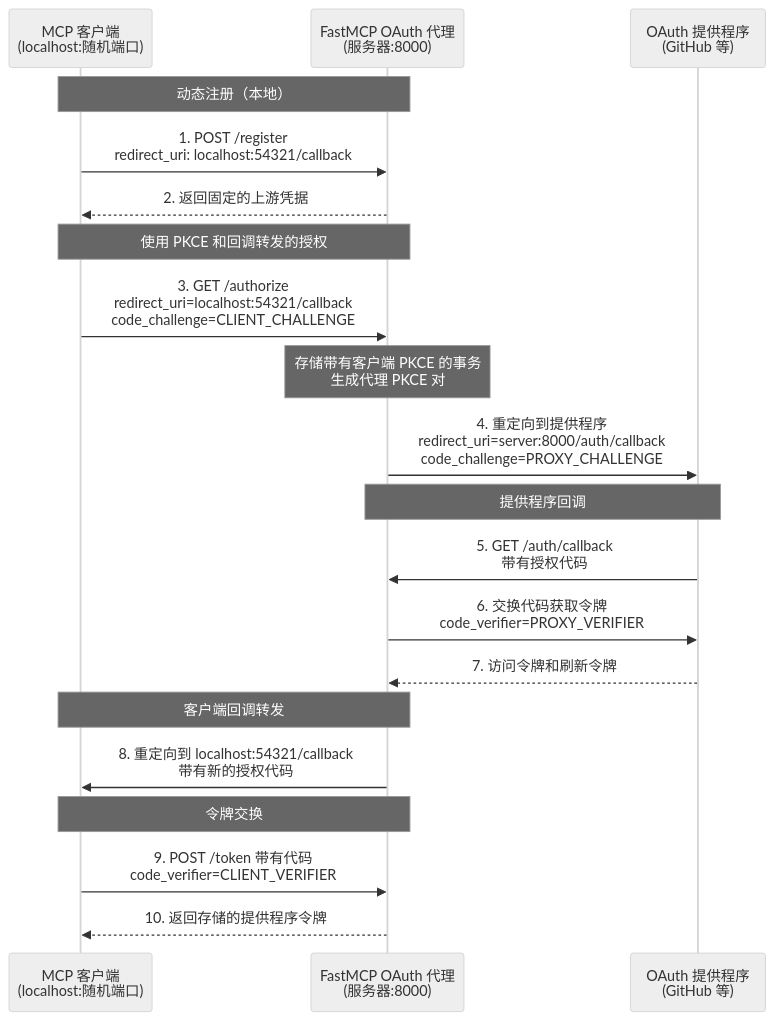
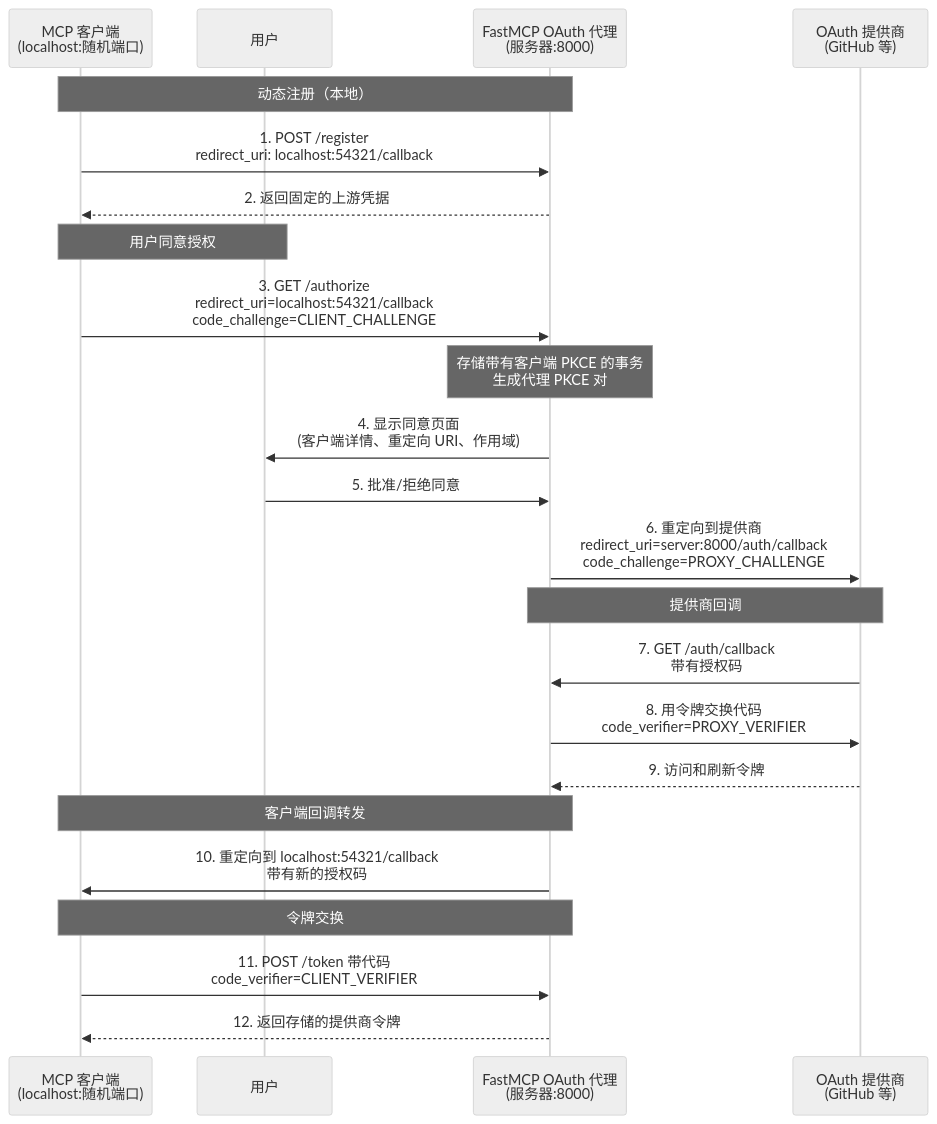
Before and after one commit to Gu-f/FastmcpDocs: the diagram in i18n/zh/servers/auth/oauth-proxy.mdx, drawn with Mermaid (neutral theme). The commit also changed other lines of this file and 279 other files, not shown here.

````diff
--- a/i18n/zh/servers/auth/oauth-proxy.mdx
+++ b/i18n/zh/servers/auth/oauth-proxy.mdx
@@ -275,27 +370,30 @@
 ```mermaid
 sequenceDiagram
     participant Client as MCP 客户端<br/>(localhost:随机端口)
+    participant User as 用户
     participant Proxy as FastMCP OAuth 代理<br/>(服务器:8000)
-    participant Provider as OAuth 提供程序<br/>(GitHub 等)
+    participant Provider as OAuth 提供商<br/>(GitHub 等)
 
     Note over Client, Proxy: 动态注册（本地）
     Client->>Proxy: 1. POST /register<br/>redirect_uri: localhost:54321/callback
     Proxy-->>Client: 2. 返回固定的上游凭据
 
-    Note over Client, Proxy: 使用 PKCE 和回调转发的授权
+    Note over Client, User: 用户同意授权
     Client->>Proxy: 3. GET /authorize<br/>redirect_uri=localhost:54321/callback<br/>code_challenge=CLIENT_CHALLENGE
     Note over Proxy: 存储带有客户端 PKCE 的事务<br/>生成代理 PKCE 对
-    Proxy->>Provider: 4. 重定向到提供程序<br/>redirect_uri=server:8000/auth/callback<br/>code_challenge=PROXY_CHALLENGE
+    Proxy->>User: 4. 显示同意页面<br/>(客户端详情、重定向 URI、作用域)
+    User->>Proxy: 5. 批准/拒绝同意
+    Proxy->>Provider: 6. 重定向到提供商<br/>redirect_uri=server:8000/auth/callback<br/>code_challenge=PROXY_CHALLENGE
 
-    Note over Provider, Proxy: 提供程序回调
-    Provider->>Proxy: 5. GET /auth/callback<br/>带有授权代码
-    Proxy->>Provider: 6. 交换代码获取令牌<br/>code_verifier=PROXY_VERIFIER
-    Provider-->>Proxy: 7. 访问令牌和刷新令牌
+    Note over Provider, Proxy: 提供商回调
+    Provider->>Proxy: 7. GET /auth/callback<br/>带有授权码
+    Proxy->>Provider: 8. 用令牌交换代码<br/>code_verifier=PROXY_VERIFIER
+    Provider-->>Proxy: 9. 访问和刷新令牌
 
     Note over Proxy, Client: 客户端回调转发
-    Proxy->>Client: 8. 重定向到 localhost:54321/callback<br/>带有新的授权代码
+    Proxy->>Client: 10. 重定向到 localhost:54321/callback<br/>带有新的授权码
 
     Note over Client, Proxy: 令牌交换
-    Client->>Proxy: 9. POST /token 带有代码<br/>code_verifier=CLIENT_VERIFIER
-    Proxy-->>Client: 10. 返回存储的提供程序令牌
+    Client->>Proxy: 11. POST /token 带代码<br/>code_verifier=CLIENT_VERIFIER
+    Proxy-->>Client: 12. 返回存储的提供商令牌
 ```
````
